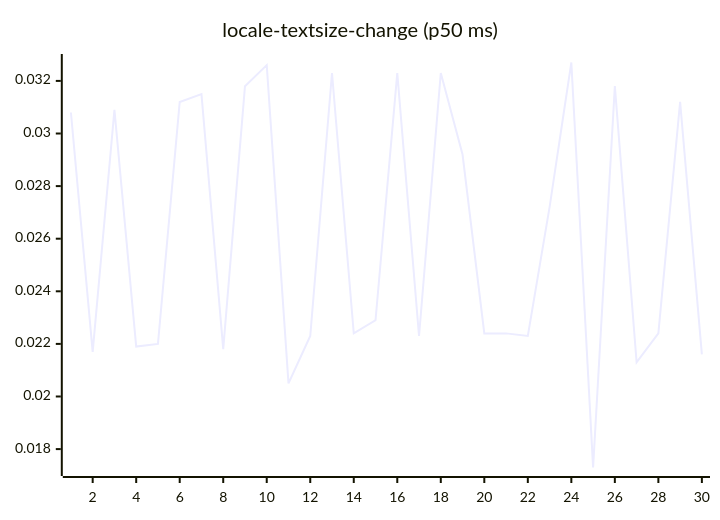
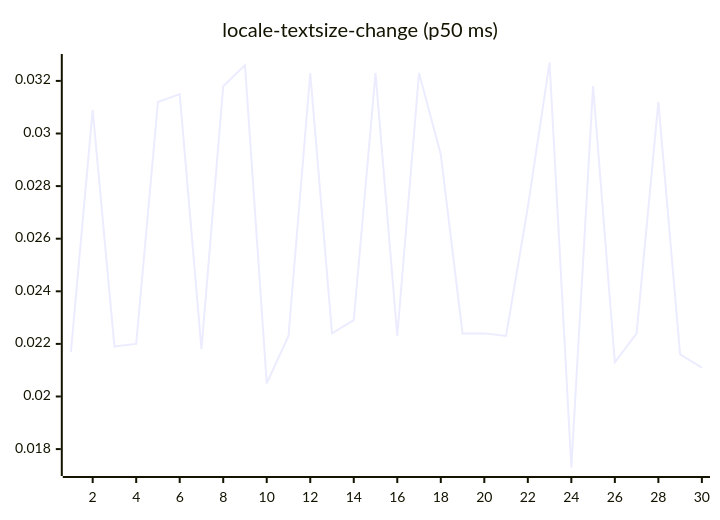
Diagram 13 of 27 in README.md (josha/Facet), drawn with Mermaid before and after one commit. The commit also changed other lines of this file and 2 other files, not shown here.

````diff
--- a/README.md
+++ b/README.md
@@ -147,6 +147,6 @@
 ```mermaid
 xychart-beta
     title "locale-textsize-change (p50 ms)"
     x-axis 1 --> 30
-    line [0.0308, 0.0217, 0.0309, 0.0219, 0.0220, 0.0312, 0.0315, 0.0218, 0.0318, 0.0326, 0.0205, 0.0223, 0.0323, 0.0224, 0.0229, 0.0323, 0.0223, 0.0323, 0.0292, 0.0224, 0.0224, 0.0223, 0.0272, 0.0327, 0.0173, 0.0318, 0.0213, 0.0224, 0.0312, 0.0216]
+    line [0.0217, 0.0309, 0.0219, 0.0220, 0.0312, 0.0315, 0.0218, 0.0318, 0.0326, 0.0205, 0.0223, 0.0323, 0.0224, 0.0229, 0.0323, 0.0223, 0.0323, 0.0292, 0.0224, 0.0224, 0.0223, 0.0272, 0.0327, 0.0173, 0.0318, 0.0213, 0.0224, 0.0312, 0.0216, 0.0211]
 ```
````
